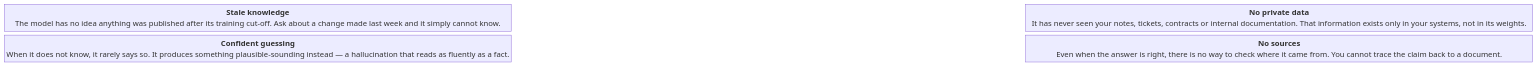
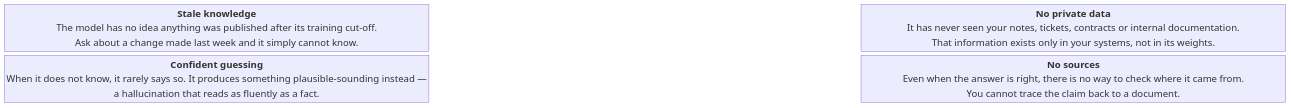
The first of 14 diagrams in docs/theory.md (itsmusa/open-rag), drawn with Mermaid before and after one commit.

Commit message:
Enlarge the RAG problems block diagram

````diff
--- a/docs/theory.md
+++ b/docs/theory.md
@@ -27,10 +27,11 @@
 ```mermaid
+%%{init: {"themeVariables": {"fontSize": "20px"}}}%%
 block-beta
   columns 3
-  P1["<b>Stale knowledge</b><br/>The model has no idea anything was published after its training cut-off. Ask about a change made last week and it simply cannot know."]
+  P1["<b>Stale knowledge</b><br/>The model has no idea anything was published after its training cut-off.<br/>Ask about a change made last week and it simply cannot know."]
   space:1
-  P2["<b>No private data</b><br/>It has never seen your notes, tickets, contracts or internal documentation. That information exists only in your systems, not in its weights."]
-  P3["<b>Confident guessing</b><br/>When it does not know, it rarely says so. It produces something plausible-sounding instead — a hallucination that reads as fluently as a fact."]
+  P2["<b>No private data</b><br/>It has never seen your notes, tickets, contracts or internal documentation.<br/>That information exists only in your systems, not in its weights."]
+  P3["<b>Confident guessing</b><br/>When it does not know, it rarely says so. It produces something plausible-sounding instead —<br/>a hallucination that reads as fluently as a fact."]
   space:1
-  P4["<b>No sources</b><br/>Even when the answer is right, there is no way to check where it came from. You cannot trace the claim back to a document."]
+  P4["<b>No sources</b><br/>Even when the answer is right, there is no way to check where it came from.<br/>You cannot trace the claim back to a document."]
 ```
````
